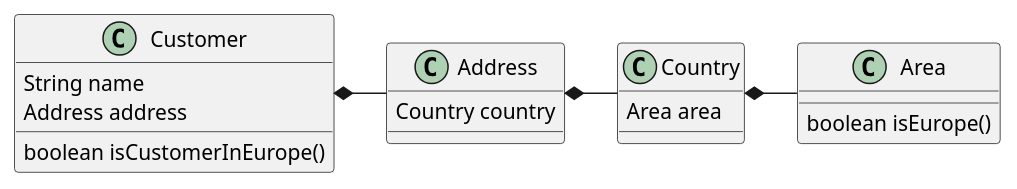
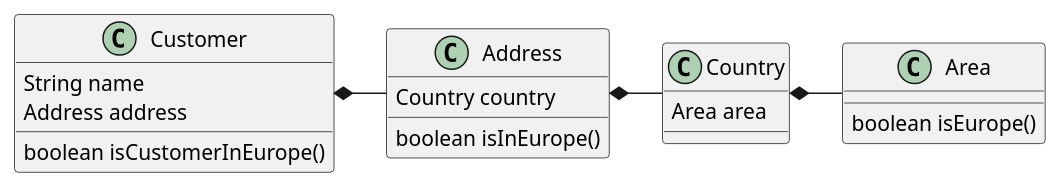
The diagram in src/main/resources/Customer.puml (rony76/martin-fowler-example), drawn with PlantUML before and after one commit. The commit also changed 2 other files, not shown here.

```diff
--- a/src/main/resources/Customer.puml
+++ b/src/main/resources/Customer.puml
@@ -1,26 +1,28 @@
 @startuml
 
 Customer *- Address
 Address *- Country
 Country *- Area
 
 class Customer {
     String name
     Address address
 
     boolean isCustomerInEurope()
 }
 
 class Address {
     Country country
+
+    boolean isInEurope()
 }
 
 class Country {
     Area area
 }
 
 class Area {
     boolean isEurope()
 }
 
 @enduml
```
